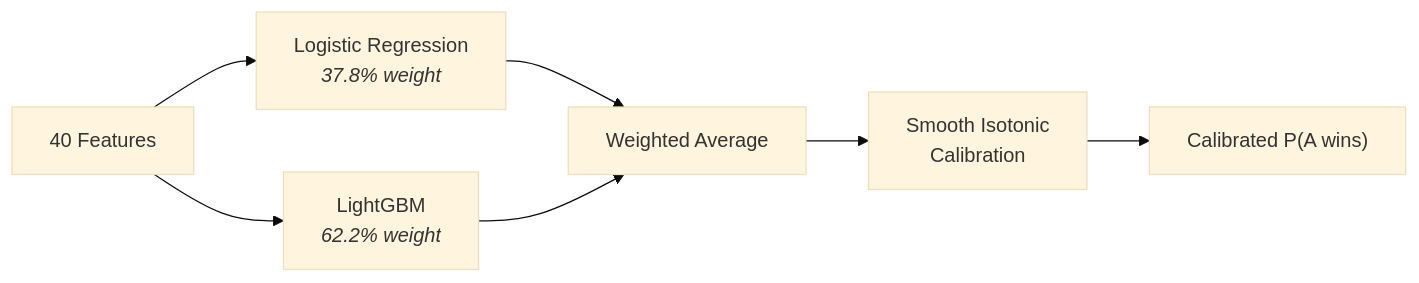
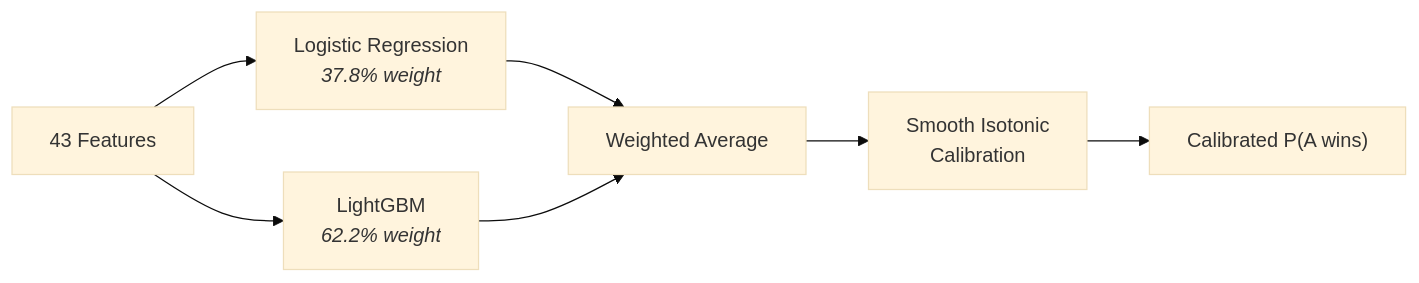
Before and after one commit to rapaugustino/ubunifu-madness: the third of 8 diagrams in docs/LEARNING_GUIDE.md, drawn with Mermaid (base theme). The commit also changed other lines of this file and 38 other files, not shown here.

````diff
--- a/docs/LEARNING_GUIDE.md
+++ b/docs/LEARNING_GUIDE.md
@@ -376,9 +378,9 @@
 ```mermaid
 flowchart LR
-    F["40 Features"] --> LR["Logistic Regression<br/><i>37.8% weight</i>"]
+    F["43 Features"] --> LR["Logistic Regression<br/><i>37.8% weight</i>"]
     F --> LGB["LightGBM<br/><i>62.2% weight</i>"]
     LR --> E["Weighted Average"]
     LGB --> E
     E --> C["Smooth Isotonic<br/>Calibration"]
     C --> P["Calibrated P(A wins)"]
 ```
````
